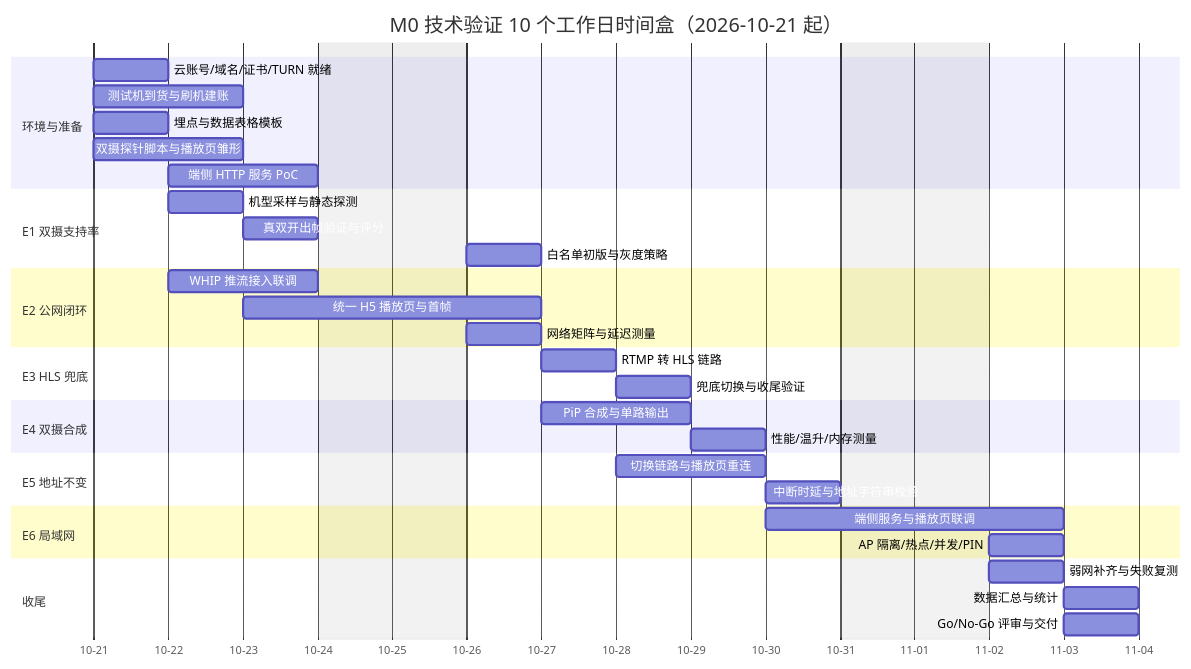
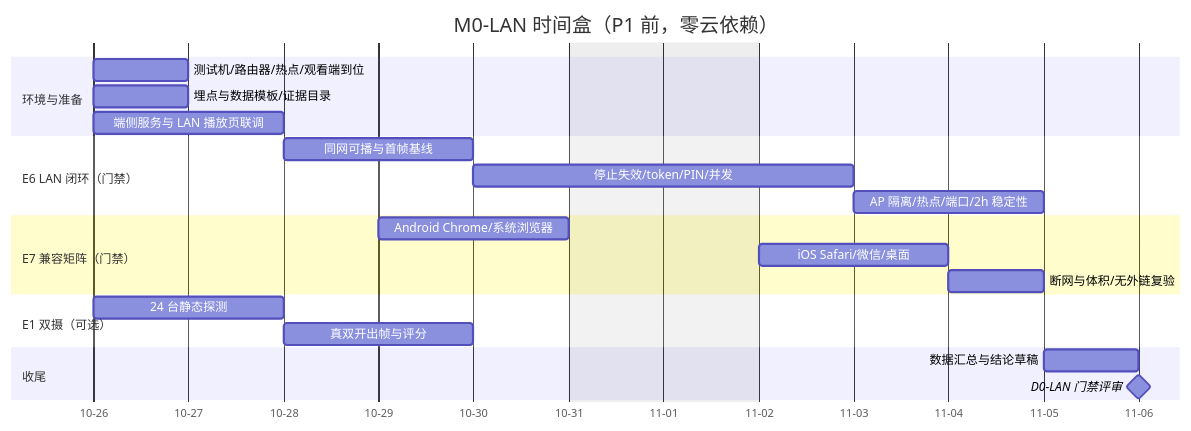
The second of 4 diagrams in docs/08-m0-verification.md (mbpz/camPush), drawn with Mermaid before and after one commit. The commit also changed other lines of this file and 5 other files, not shown here.

First line of the commit message:
docs: LAN-first 交付分期（P1 局域网 → P2 公网）

````diff
--- a/docs/08-m0-verification.md
+++ b/docs/08-m0-verification.md
@@ -93,45 +128,30 @@
 ```mermaid
 gantt
-    title M0 技术验证 10 个工作日时间盒（2026-10-21 起）
+    title M0-LAN 时间盒（P1 前，零云依赖）
     dateFormat  YYYY-MM-DD
     axisFormat  %m-%d
     excludes    weekends
 
     section 环境与准备
-    云账号/域名/证书/TURN 就绪        :env1, 2026-10-21, 1d
-    测试机到货与刷机建账              :env2, 2026-10-21, 2d
-    埋点与数据表格模板                :env3, 2026-10-21, 1d
-    双摄探针脚本与播放页雏形          :poc1, 2026-10-21, 2d
-    端侧 HTTP 服务 PoC                :poc2, 2026-10-22, 2d
+    测试机/路由器/热点/观看端到位      :lan-env1, 2026-10-26, 1d
+    埋点与数据模板/证据目录            :lan-env2, 2026-10-26, 1d
+    端侧服务与 LAN 播放页联调          :lan-poc, 2026-10-26, 2d
 
-    section E1 双摄支持率
-    机型采样与静态探测                :e1a, 2026-10-22, 1d
-    真双开出帧验证与评分              :e1b, 2026-10-23, 1d
-    白名单初版与灰度策略              :e1c, 2026-10-26, 1d
+    section E6 LAN 闭环（门禁）
+    同网可播与首帧基线                  :e6a, 2026-10-28, 2d
+    停止失效/token/PIN/并发             :e6b, 2026-10-30, 2d
+    AP 隔离/热点/端口/2h 稳定性         :e6c, 2026-11-03, 2d
 
-    section E2 公网闭环
-    WHIP 推流接入联调                 :e2a, 2026-10-22, 2d
-    统一 H5 播放页与首帧              :e2b, 2026-10-23, 2d
-    网络矩阵与延迟测量                :e2c, 2026-10-26, 1d
+    section E7 兼容矩阵（门禁）
+    Android Chrome/系统浏览器           :e7a, 2026-10-29, 2d
+    iOS Safari/微信/桌面                :e7b, 2026-11-02, 2d
+    断网与体积/无外链复验               :e7c, 2026-11-04, 1d
 
-    section E3 HLS 兜底
-    RTMP 转 HLS 链路                  :e3a, 2026-10-27, 1d
-    兜底切换与收尾验证                :e3b, 2026-10-28, 1d
-
-    section E4 双摄合成
-    PiP 合成与单路输出                :e4a, 2026-10-27, 2d
-    性能/温升/内存测量                :e4b, 2026-10-29, 1d
-
-    section E5 地址不变
-    切换链路与播放页重连              :e5a, 2026-10-28, 2d
-    中断时延与地址字符串校验          :e5b, 2026-10-30, 1d
-
-    section E6 局域网
-    端侧服务与播放页联调              :e6a, 2026-10-30, 2d
-    AP 隔离/热点/并发/PIN             :e6b, 2026-11-02, 1d
+    section E1 双摄（可选）
+    24 台静态探测                       :e1a, 2026-10-26, 2d
+    真双开出帧与评分                    :e1b, 2026-10-28, 2d
 
     section 收尾
-    弱网补齐与失败复测                :fix1, 2026-11-02, 1d
-    数据汇总与统计                    :sum1, 2026-11-03, 1d
-    Go/No-Go 评审与交付               :gate, 2026-11-03, 1d
+    数据汇总与结论草稿                  :lan-sum, 2026-11-05, 1d
+    D0-LAN 门禁评审                     :milestone, 2026-11-06, 0d
 ```
````
